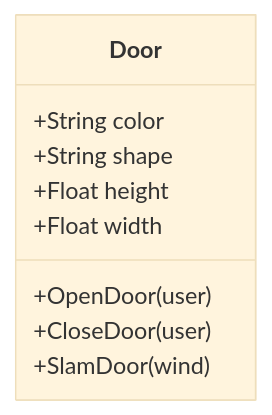
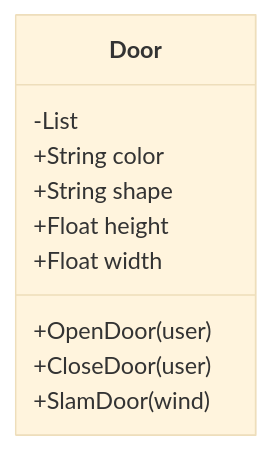
The diagram in class_diagrams/door_tutorial_class.md (erdietri/DiagramAsCode_Mermaid), drawn with Mermaid (base theme) before and after one commit. The commit also changed 1 other file, not shown here.

Commit message:
Created and completed user_class.md in the class_diagrams folder.

````diff
--- a/class_diagrams/door_tutorial_class.md
+++ b/class_diagrams/door_tutorial_class.md
@@ -11,13 +11,15 @@
 ```mermaid
 classDiagram
     class Door
+    %% The List below is private (-)
+    Door : -List
     %% The attribute below is public (+) and of type String
     Door : +String color
     Door : +String shape
     Door : +Float height
     Door : +Float width
     %% The parentheses indicate that this is a function/method
     Door : +OpenDoor(user)
     Door : +CloseDoor(user)
     Door : +SlamDoor(wind)
 ```
````
